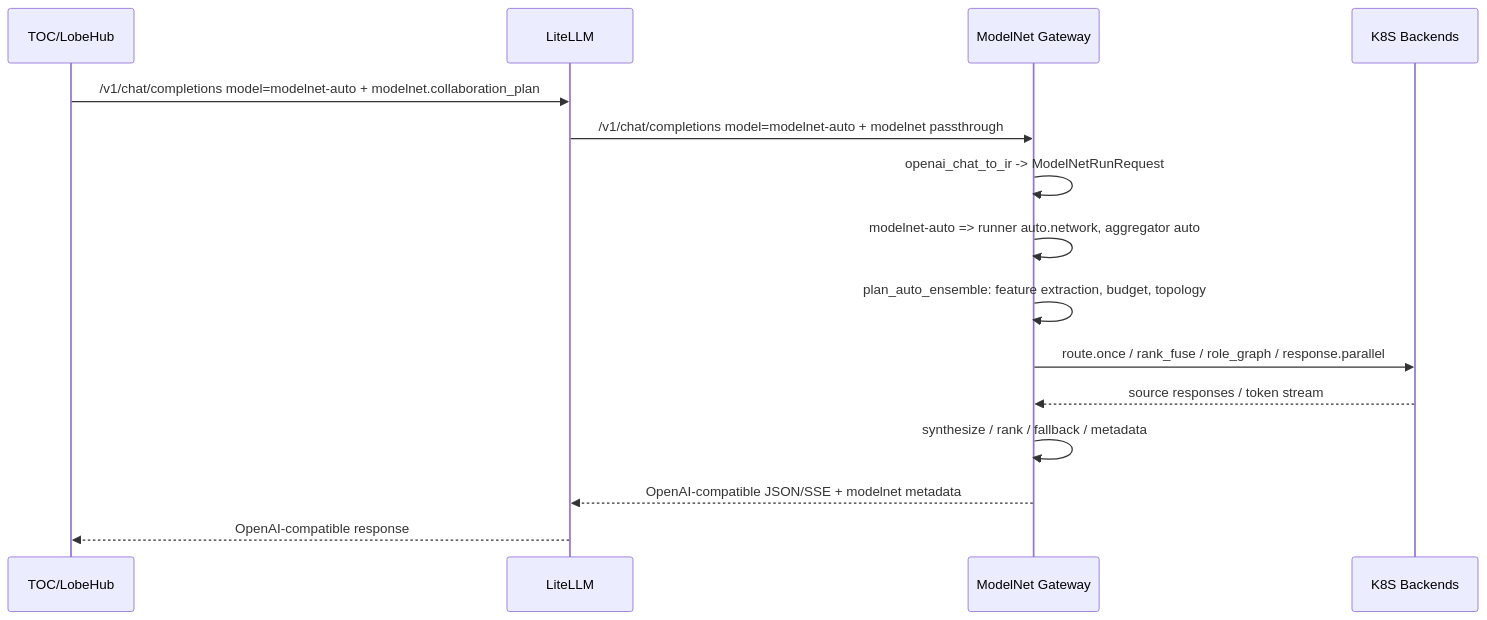
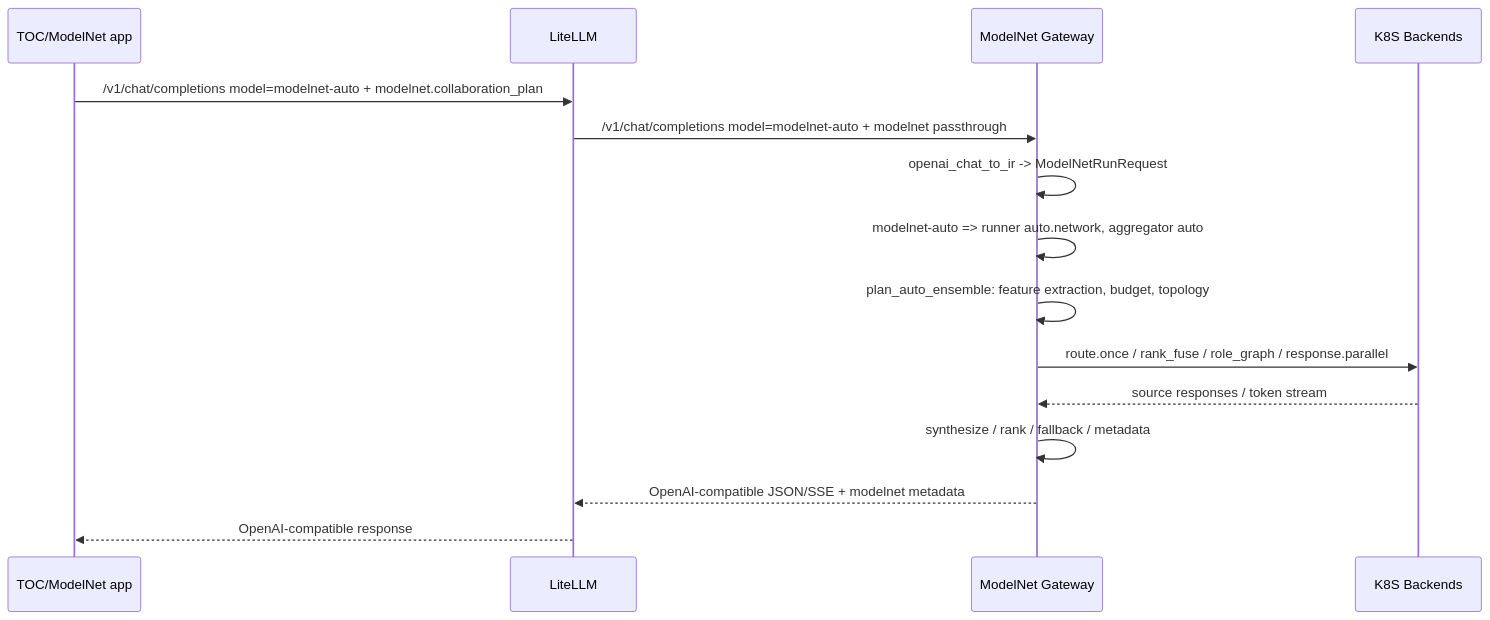
The fourth of 6 diagrams in docs/litellm-modelnet-gateway-architecture-report.md (WNDS-JNU/ModelNet-Toc), drawn with Mermaid before and after one commit. The commit also changed other lines of this file and 13881 other files, not shown here.

Commit message:
refactor: rebrand bundled app as ModelNet

````diff
--- a/docs/litellm-modelnet-gateway-architecture-report.md
+++ b/docs/litellm-modelnet-gateway-architecture-report.md
@@ -387,18 +387,18 @@
 ```mermaid
 sequenceDiagram
-    participant UI as TOC/LobeHub
+    participant UI as TOC/ModelNet app
     participant LL as LiteLLM
     participant GW as ModelNet Gateway
     participant K8S as K8S Backends
 
     UI->>LL: /v1/chat/completions model=modelnet-auto + modelnet.collaboration_plan
     LL->>GW: /v1/chat/completions model=modelnet-auto + modelnet passthrough
     GW->>GW: openai_chat_to_ir -> ModelNetRunRequest
     GW->>GW: modelnet-auto => runner auto.network, aggregator auto
     GW->>GW: plan_auto_ensemble: feature extraction, budget, topology
     GW->>K8S: route.once / rank_fuse / role_graph / response.parallel
     K8S-->>GW: source responses / token stream
     GW->>GW: synthesize / rank / fallback / metadata
     GW-->>LL: OpenAI-compatible JSON/SSE + modelnet metadata
     LL-->>UI: OpenAI-compatible response
 ```
````
